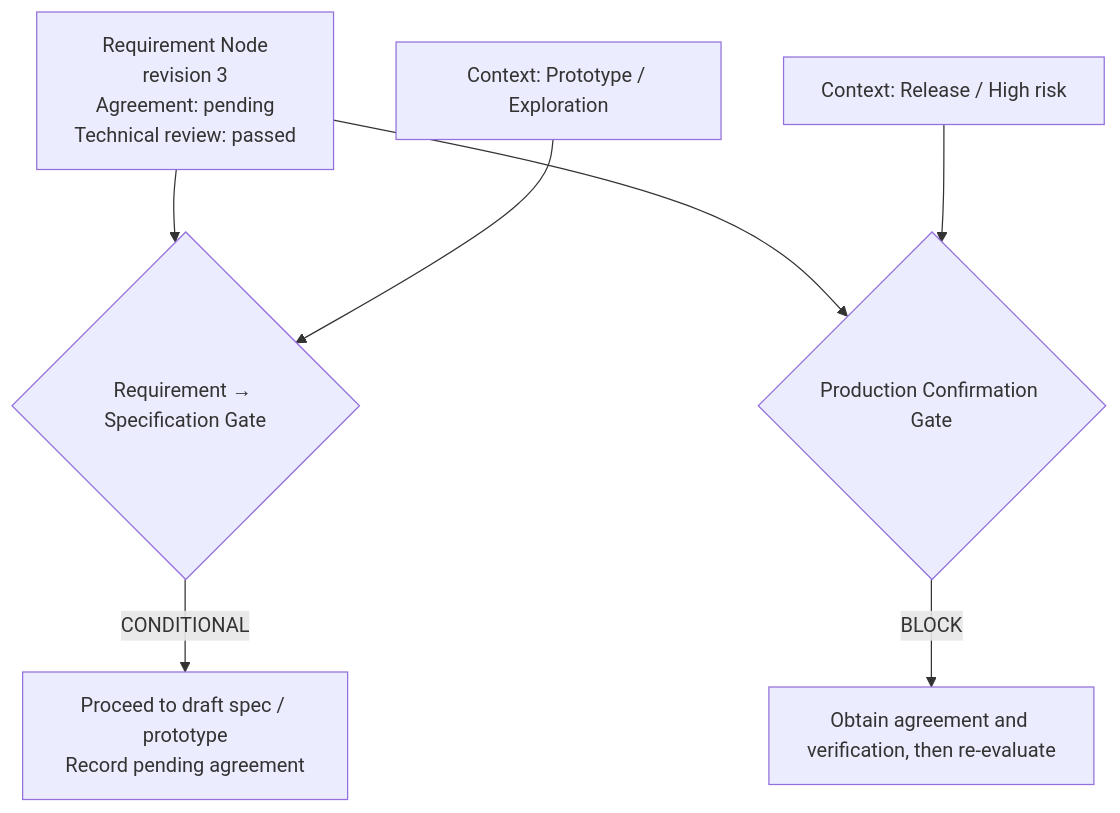
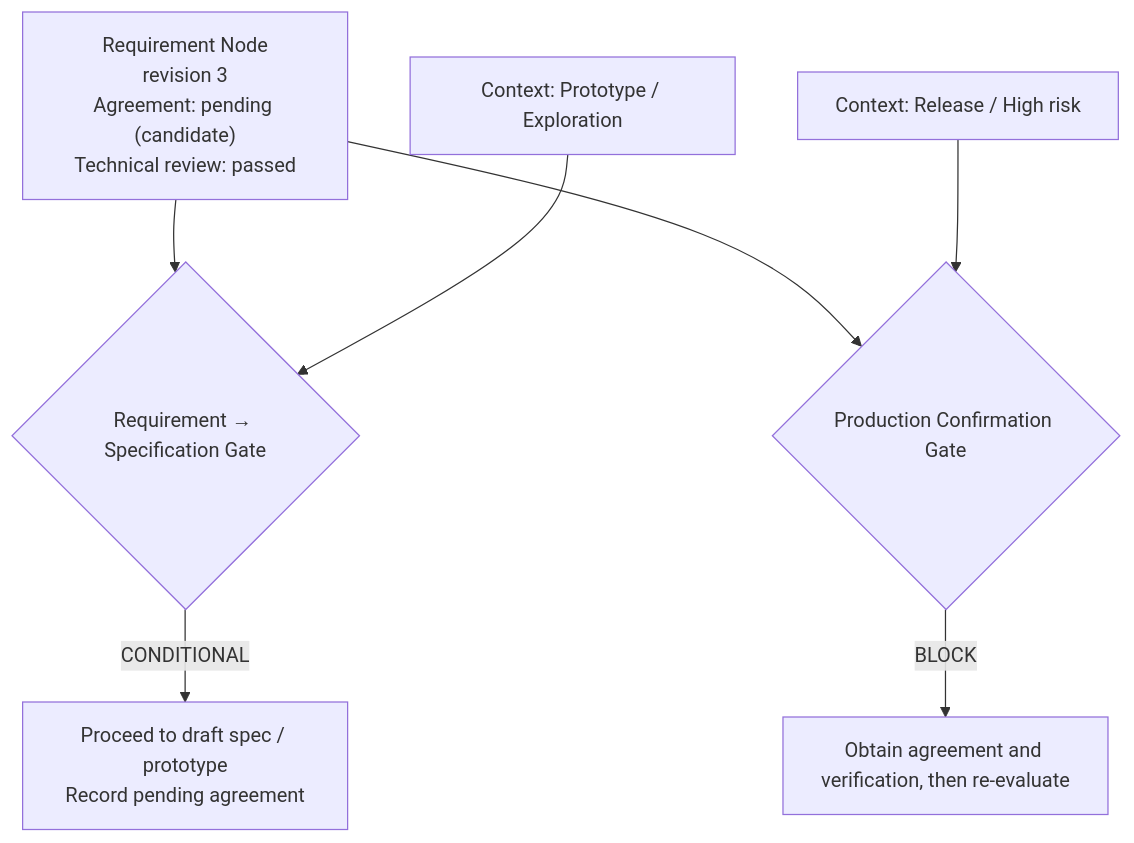
The fourth of 5 diagrams in lane-model/03_gate_and_requirements_flow.md (longicorn/ise-methodology), drawn with Mermaid before and after one commit. The commit also changed other lines of this file and 3 other files, not shown here.

````diff
--- a/lane-model/03_gate_and_requirements_flow.md
+++ b/lane-model/03_gate_and_requirements_flow.md
@@ -177,9 +188,9 @@
 ```mermaid
 flowchart TD
-    Q["Requirement Node\nrevision 3\nAgreement: pending\nTechnical review: passed"] --> G{"Requirement → Specification Gate"}
+    Q["Requirement Node\nrevision 3\nAgreement: pending (candidate)\nTechnical review: passed"] --> G{"Requirement → Specification Gate"}
     X["Context: Prototype / Exploration"] --> G
     G -->|"CONDITIONAL"| S["Proceed to draft spec / prototype\nRecord pending agreement"]
     Q --> G2{"Production Confirmation Gate"}
     Y["Context: Release / High risk"] --> G2
     G2 -->|"BLOCK"| H["Obtain agreement and verification, then re-evaluate"]
 ```
````
